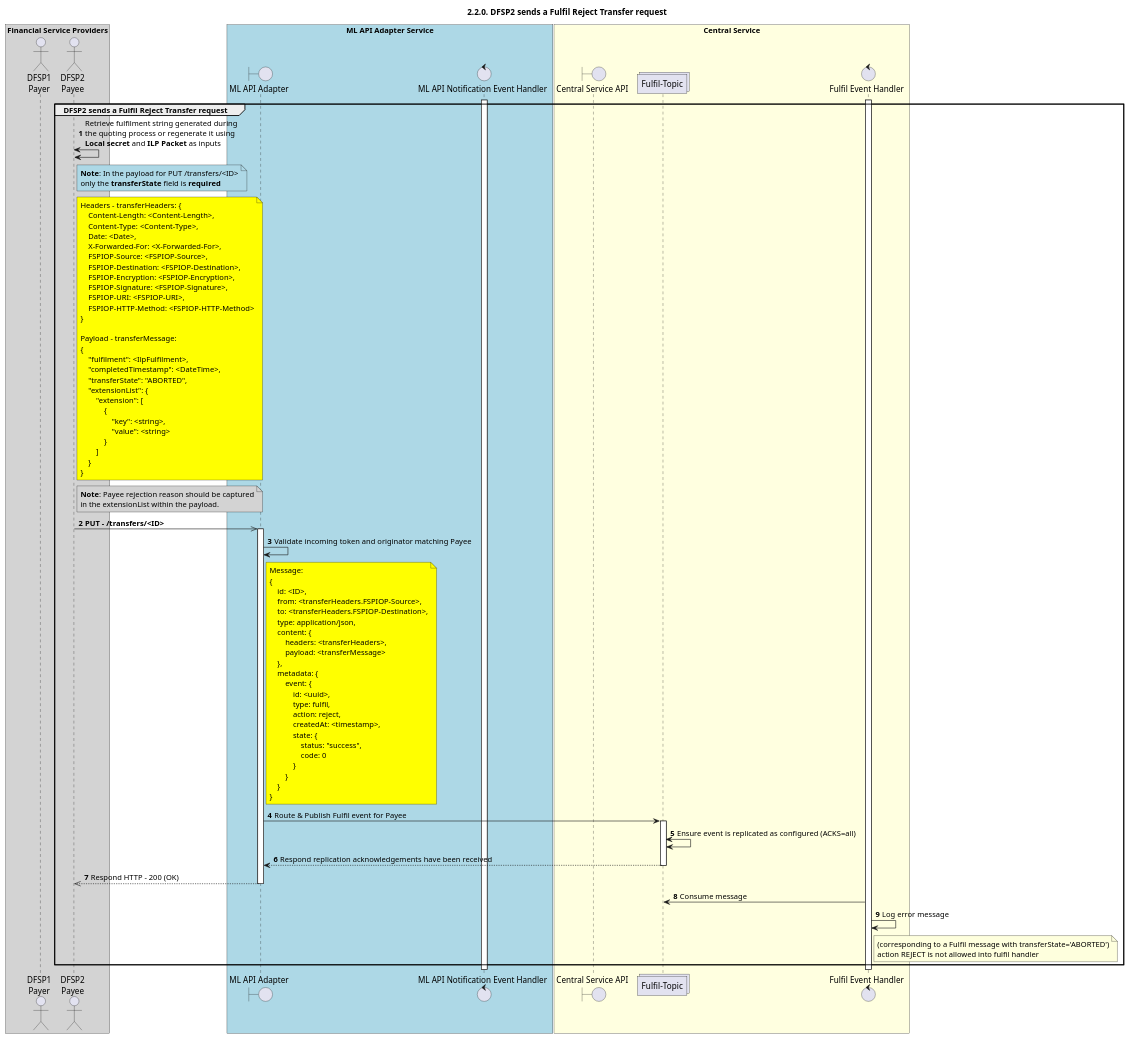
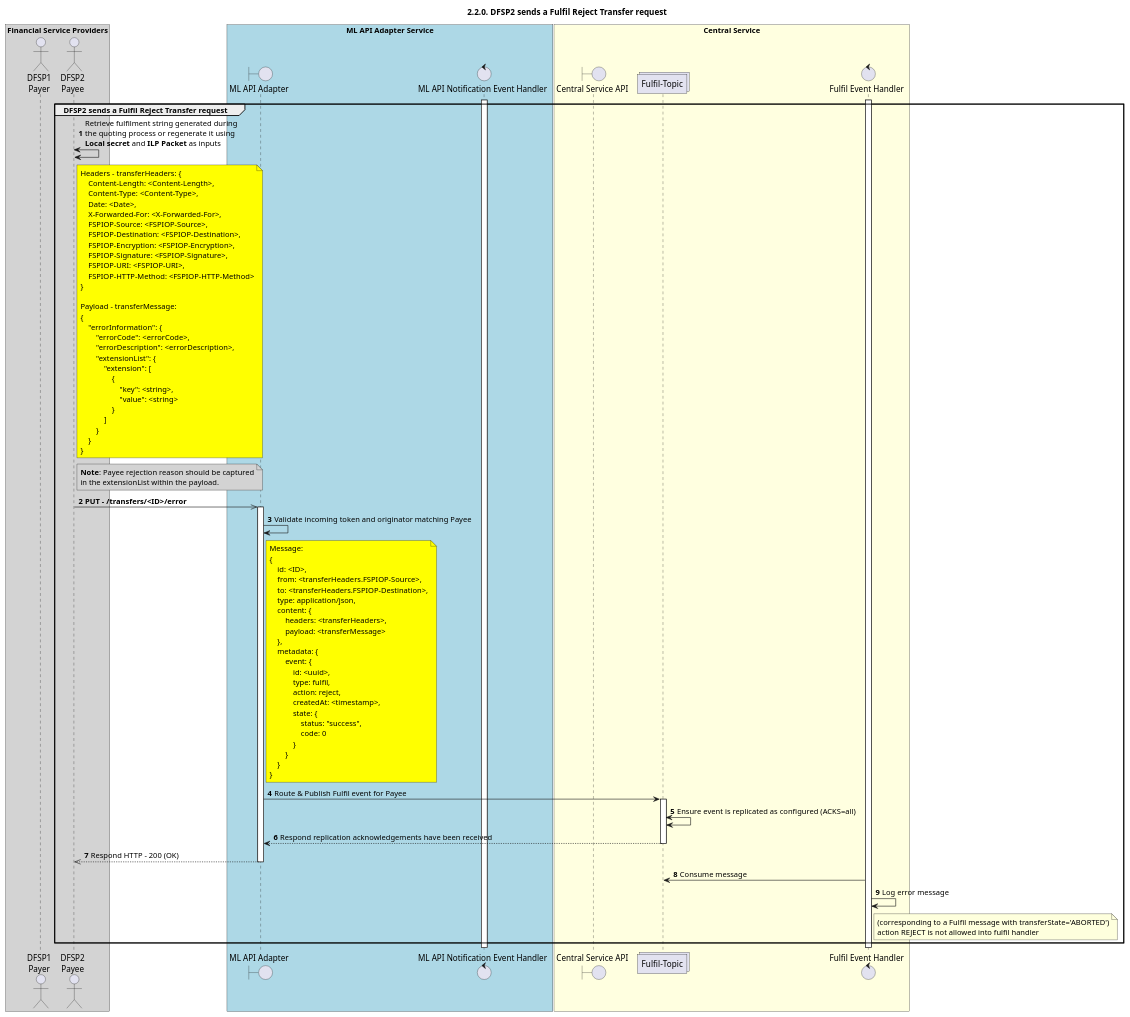
Before and after one commit to mojaloop/documentation: the diagram in mojaloop-technical-overview/central-ledger/assets/diagrams/sequence/seq-reject-2.2.0-v1.1.plantuml, drawn with PlantUML. The commit also changed 4 other files, not shown here.

Commit message:
Fix errors with transfer reject/abort digrams. Deprecate v1.0 SD for transfer reject/abort sequence

```diff
--- a/mojaloop-technical-overview/central-ledger/assets/diagrams/sequence/seq-reject-2.2.0-v1.1.plantuml
+++ b/mojaloop-technical-overview/central-ledger/assets/diagrams/sequence/seq-reject-2.2.0-v1.1.plantuml
@@ -26,126 +26,123 @@
 @startuml
 ' declate title
 title 2.2.0. DFSP2 sends a Fulfil Reject Transfer request
 
 autonumber
 
 ' Actor Keys:
 '   boundary - APIs/Interfaces, etc
 '   collections - Kafka Topics
 '   control - Kafka Consumers
 '   entity - Database Access Objects
 '   database - Database Persistance Store
 
 ' declare actors
 actor "DFSP1\nPayer" as DFSP1
 actor "DFSP2\nPayee" as DFSP2
 boundary "ML API Adapter" as MLAPI
 control "ML API Notification Event Handler" as NOTIFY_HANDLER
 boundary "Central Service API" as CSAPI
 collections "Fulfil-Topic" as TOPIC_FULFIL
 control "Fulfil Event Handler" as FULF_HANDLER
 
 ' collections "topic-transfer-position" as TOPIC_TRANSFER_POSITION
 ' control "Position Event Handler" as POS_HANDLER
 ' collections "Event-Topic" as TOPIC_EVENTS
 ' collections "Notification-Topic" as TOPIC_NOTIFICATIONS
 
 box "Financial Service Providers" #lightGray
 	participant DFSP1
 	participant DFSP2
 end box
 
 box "ML API Adapter Service" #LightBlue
 	participant MLAPI
 	participant NOTIFY_HANDLER
 end box
 
 box "Central Service" #LightYellow
     participant CSAPI
 	participant TOPIC_FULFIL
     participant FULF_HANDLER
 end box
 
 ' start flow
 activate NOTIFY_HANDLER
 activate FULF_HANDLER
 group DFSP2 sends a Fulfil Reject Transfer request
     DFSP2 <-> DFSP2: Retrieve fulfilment string generated during\nthe quoting process or regenerate it using\n**Local secret** and **ILP Packet** as inputs
-    note right of DFSP2 #lightblue
-        **Note**: In the payload for PUT /transfers/<ID>
-        only the **transferState** field is **required**
-    end note
     note right of DFSP2 #yellow
         Headers - transferHeaders: {
             Content-Length: <Content-Length>,
             Content-Type: <Content-Type>,
             Date: <Date>,
             X-Forwarded-For: <X-Forwarded-For>,
             FSPIOP-Source: <FSPIOP-Source>,
             FSPIOP-Destination: <FSPIOP-Destination>,
             FSPIOP-Encryption: <FSPIOP-Encryption>,
             FSPIOP-Signature: <FSPIOP-Signature>,
             FSPIOP-URI: <FSPIOP-URI>,
             FSPIOP-HTTP-Method: <FSPIOP-HTTP-Method>
         }
 
         Payload - transferMessage:
         {
-            "fulfilment": <IlpFulfilment>,
-            "completedTimestamp": <DateTime>,
-            "transferState": "ABORTED",
-            "extensionList": {
-                "extension": [
-                    {
-                        "key": <string>,
-                        "value": <string>
-                    }
-                ]
+            "errorInformation": {
+                "errorCode": <errorCode>,
+                "errorDescription": <errorDescription>,
+                "extensionList": {
+                    "extension": [
+                        {
+                            "key": <string>,
+                            "value": <string>
+                        }
+                    ]
+                }
             }
         }
     end note
     note right of DFSP2 #lightgray
         **Note**: Payee rejection reason should be captured
         in the extensionList within the payload.
     end note
-    DFSP2 ->> MLAPI: **PUT - /transfers/<ID>**
+    DFSP2 ->> MLAPI: **PUT - /transfers/<ID>/error**
     
     activate MLAPI
     MLAPI -> MLAPI: Validate incoming token and originator matching Payee
     note right of MLAPI #yellow
         Message:
         {
             id: <ID>,
             from: <transferHeaders.FSPIOP-Source>,
             to: <transferHeaders.FSPIOP-Destination>,
             type: application/json,
             content: {
                 headers: <transferHeaders>,
                 payload: <transferMessage>
             },
             metadata: {
                 event: {
                     id: <uuid>,
                     type: fulfil,
                     action: reject,
                     createdAt: <timestamp>,
                     state: {
                         status: "success",
                         code: 0
                     }
                 }
             }
         }
     end note
     MLAPI -> TOPIC_FULFIL: Route & Publish Fulfil event for Payee
     activate TOPIC_FULFIL
     TOPIC_FULFIL <-> TOPIC_FULFIL: Ensure event is replicated as configured (ACKS=all)
     TOPIC_FULFIL --> MLAPI: Respond replication acknowledgements have been received
     deactivate TOPIC_FULFIL
     MLAPI -->> DFSP2: Respond HTTP - 200 (OK)
     deactivate MLAPI
     TOPIC_FULFIL <- FULF_HANDLER: Consume message
     FULF_HANDLER -> FULF_HANDLER: Log error message
     note right of FULF_HANDLER: (corresponding to a Fulfil message with transferState='ABORTED')\naction REJECT is not allowed into fulfil handler
 end
 @enduml
```
